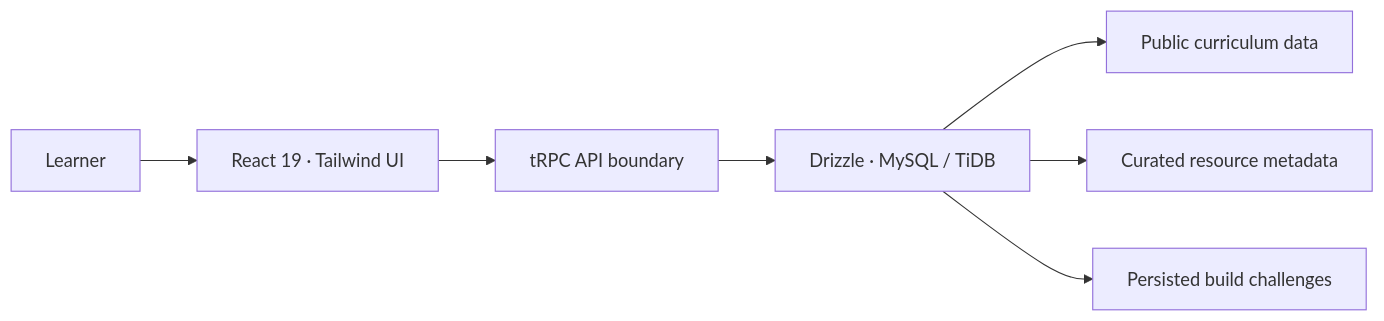
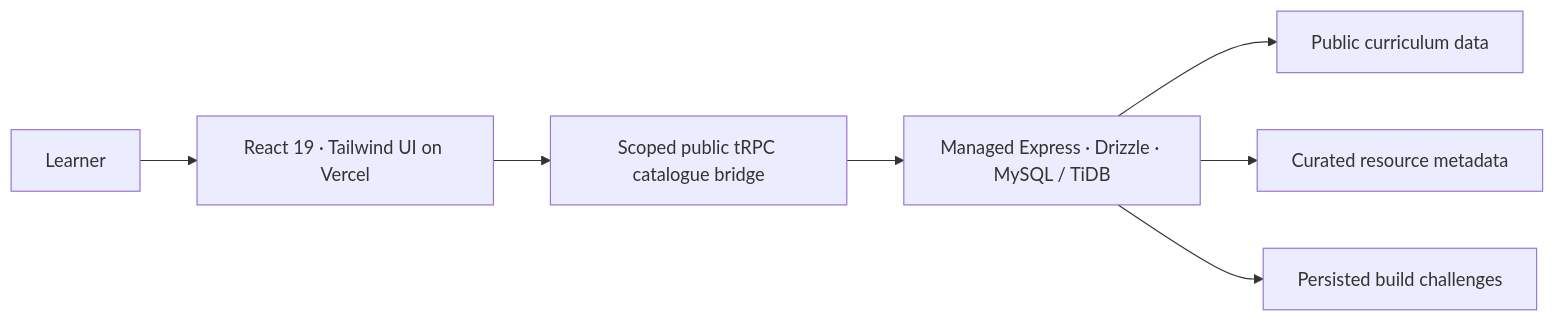
One commit to Sohila-Khaled-Abbas/ai-automation-roadmap changed the first of 2 diagrams in README.md. Above: the diagram before and after it, drawn with Mermaid. The commit also changed other lines of this file and 1 other file, not shown here.

````diff
--- a/README.md
+++ b/README.md
@@ -67,9 +68,9 @@
 ```mermaid
 flowchart LR
-  L["Learner"] --> UI["React 19 · Tailwind UI"]
-  UI --> RPC["tRPC API boundary"]
-  RPC --> DB["Drizzle · MySQL / TiDB"]
+  L["Learner"] --> UI["React 19 · Tailwind UI on Vercel"]
+  UI --> RPC["Scoped public tRPC catalogue bridge"]
+  RPC --> DB["Managed Express · Drizzle · MySQL / TiDB"]
   DB --> PROGRESS["Public curriculum data"]
   DB --> RESOURCES["Curated resource metadata"]
   DB --> PROJECTS["Persisted build challenges"]
 ```
````
